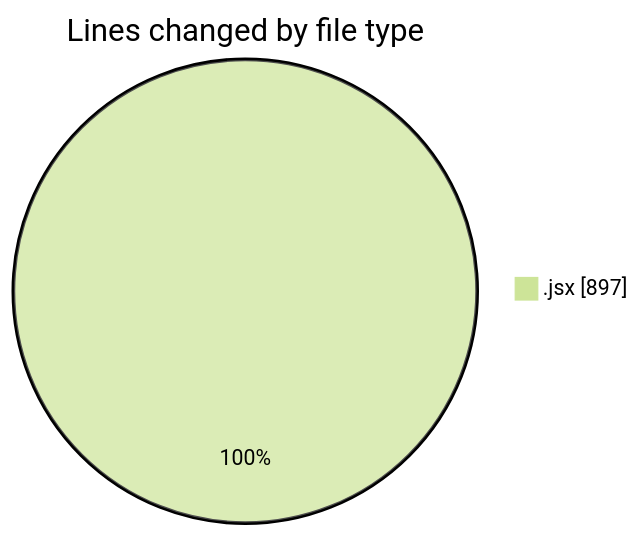
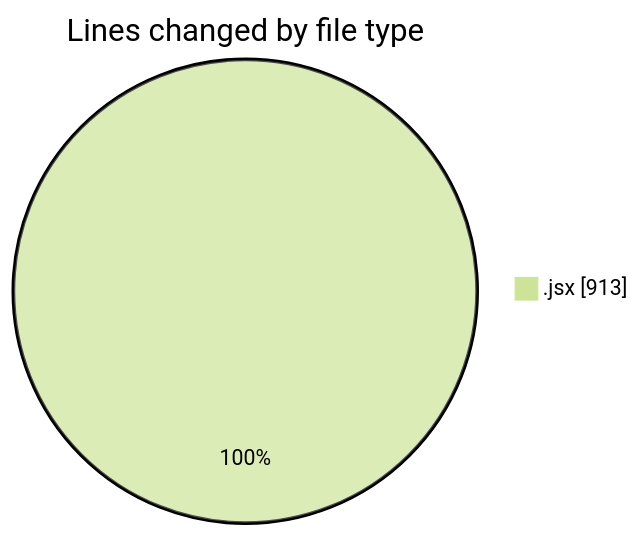
One commit to nxtqubesakshisongat/code-tracking changed the first of 2 diagrams in 2025-05-12/argos-dev/README.md. Above: the diagram before and after it, drawn with Mermaid (forest theme). The commit also changed other lines of this file and 1 other file, not shown here.

````diff
--- a/2025-05-12/argos-dev/README.md
+++ b/2025-05-12/argos-dev/README.md
@@ -20,5 +20,5 @@
 ```mermaid
 pie showData
 title Lines changed by file type
-".jsx" : 897
+".jsx" : 913
 ```
````
